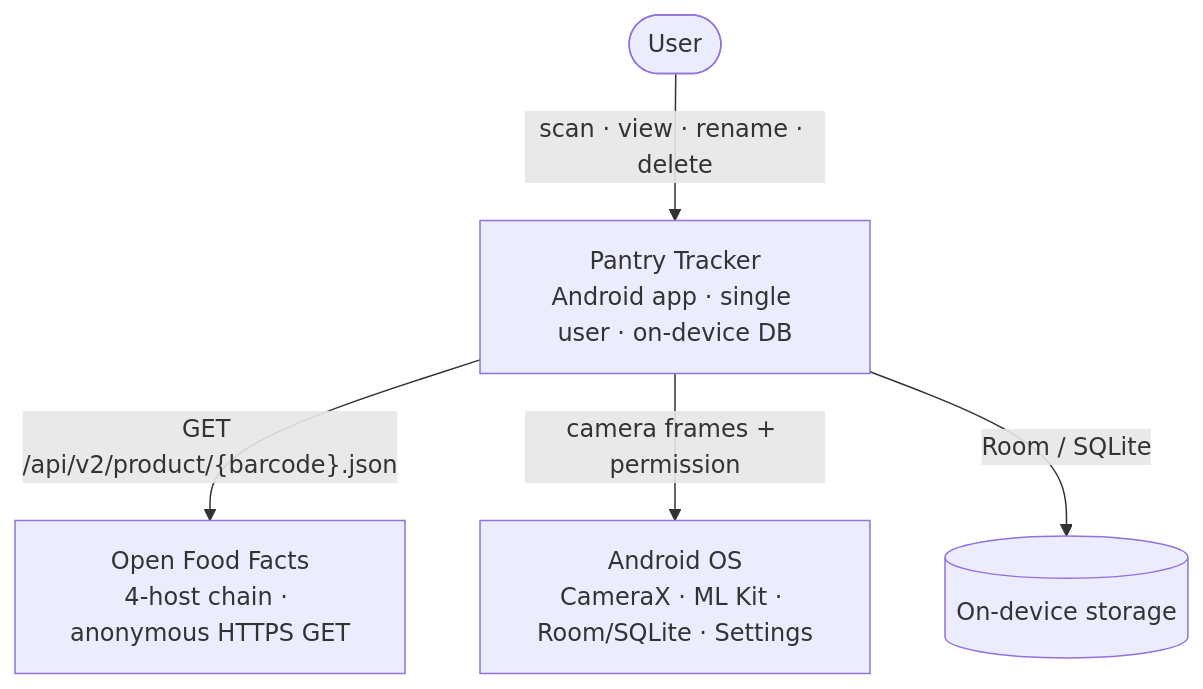
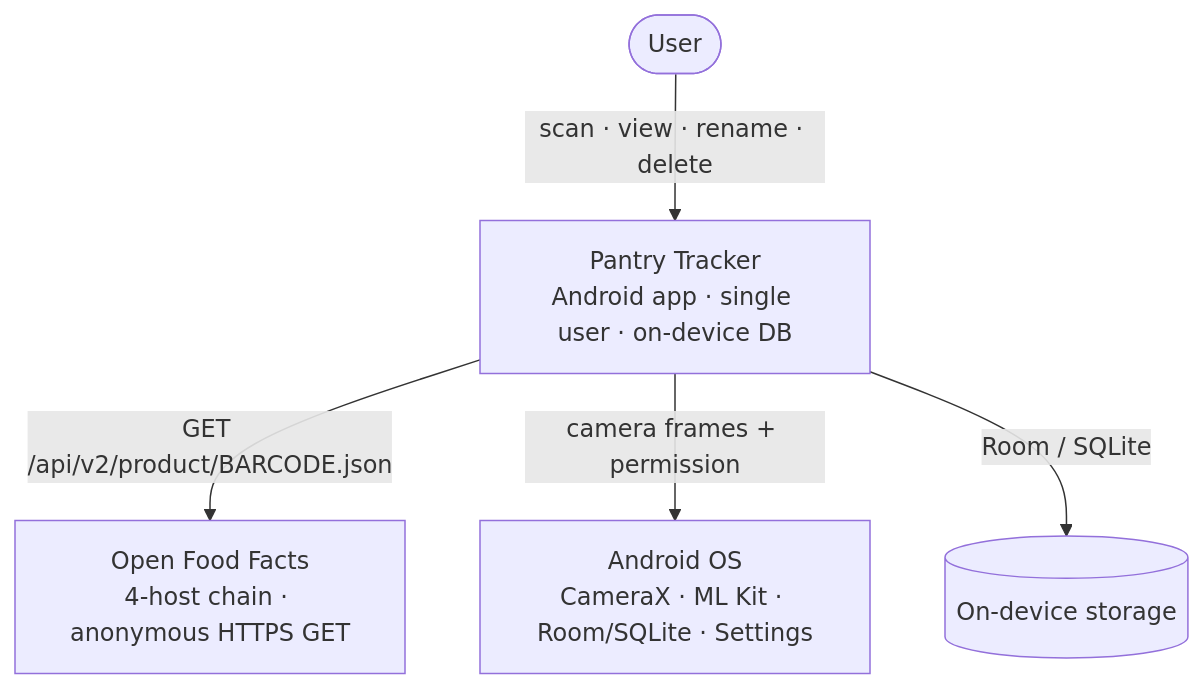
Before and after one commit to DocGerd/pantry-tracker: the diagram in docs/architecture/03-system-scope-and-context.md, drawn with Mermaid. The commit also changed other lines of this file and 3 other files, not shown here.

````diff
--- a/docs/architecture/03-system-scope-and-context.md
+++ b/docs/architecture/03-system-scope-and-context.md
@@ -5,12 +5,12 @@
 ```mermaid
 flowchart TD
     User([User])
     App["Pantry Tracker<br/>Android app · single user · on-device DB"]
     OFF["Open Food Facts<br/>4-host chain · anonymous HTTPS GET"]
     OS["Android OS<br/>CameraX · ML Kit · Room/SQLite · Settings"]
     FS[("On-device storage")]
     User -->|scan · view · rename · delete| App
-    App -->|"GET /api/v2/product/{barcode}.json"| OFF
+    App -->|"GET /api/v2/product/BARCODE.json"| OFF
     App -->|camera frames + permission| OS
     App -->|Room / SQLite| FS
 ```
````
